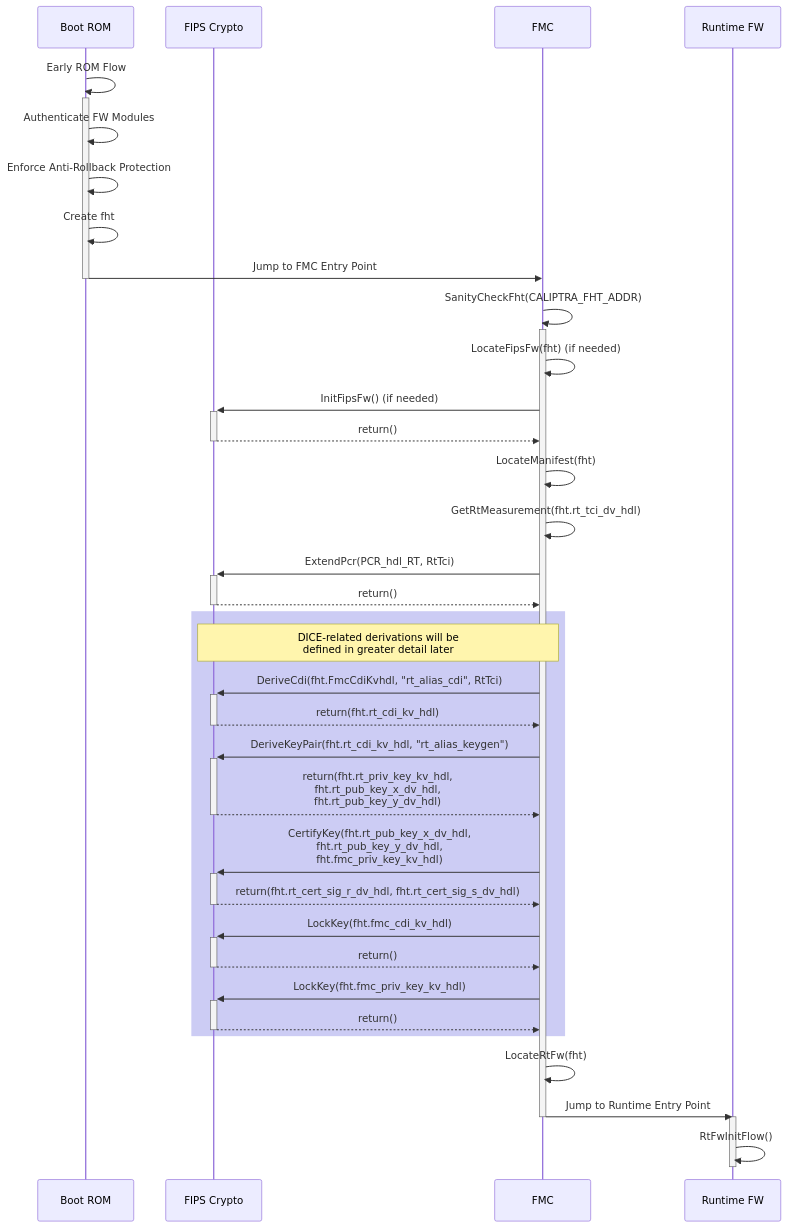
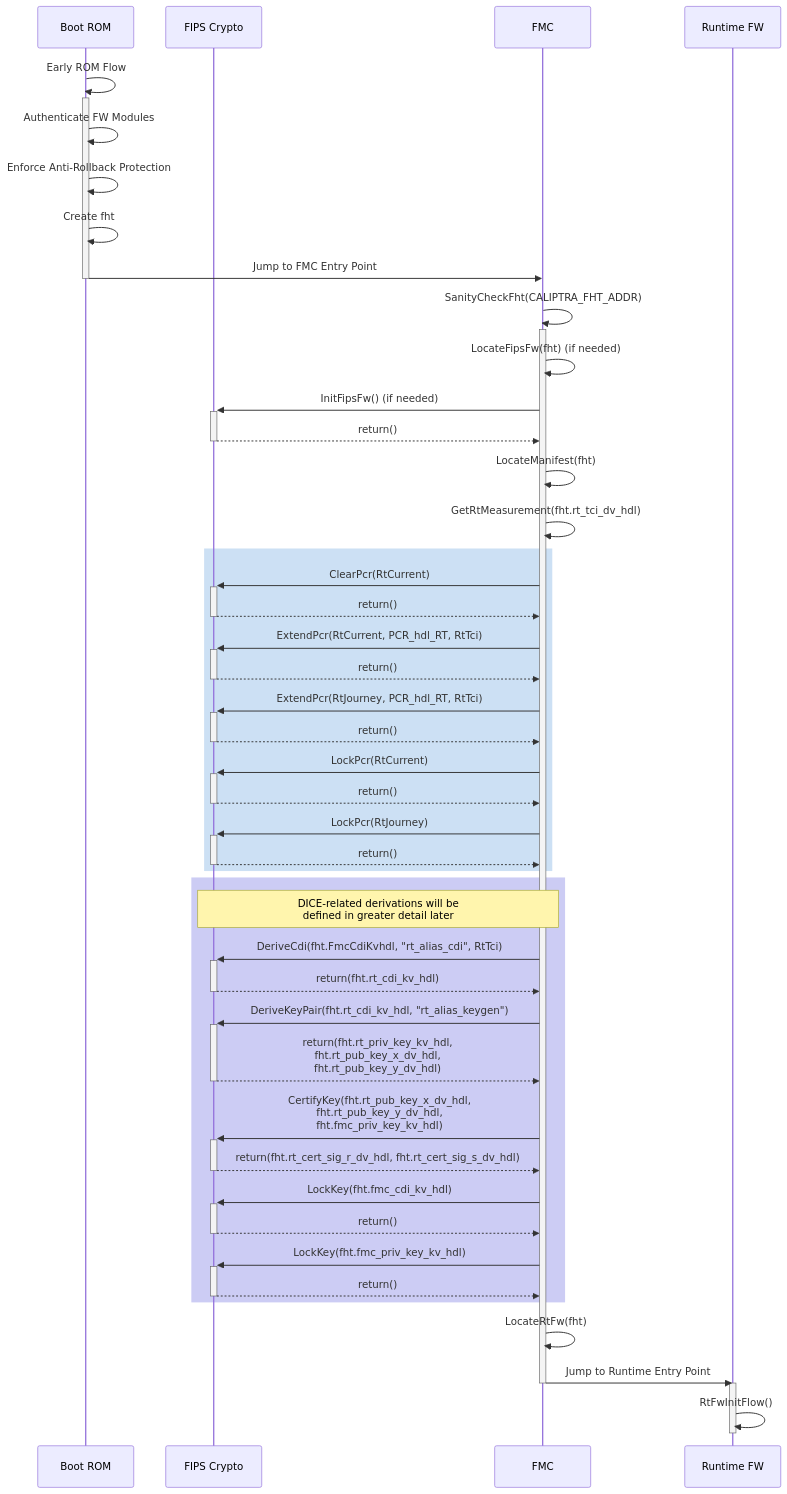
Before and after one commit to chipsalliance/caliptra-sw: the diagram in fmc/README.md, drawn with Mermaid. The commit also changed other lines of this file, not shown here.

First line of the commit message:
FMC doc cleanup and PCR update

````diff
--- a/fmc/README.md
+++ b/fmc/README.md
@@ -264,45 +275,58 @@
 ```mermaid
 sequenceDiagram
     participant ROM as Boot ROM
     participant FIPS as FIPS Crypto
     participant FMC as FMC
     participant RT as Runtime FW
 
     ROM->>+ROM: Early ROM Flow
     ROM->>ROM: Authenticate FW Modules
     ROM->>ROM: Enforce Anti-Rollback Protection
     ROM->>ROM: Create fht
     ROM->>-FMC: Jump to FMC Entry Point
 
     FMC->>+FMC: SanityCheckFht(CALIPTRA_FHT_ADDR)
     FMC->>FMC: LocateFipsFw(fht) (if needed)
     FMC->>+FIPS: InitFipsFw() (if needed)
     FIPS-->>-FMC: return()
     FMC->>FMC: LocateManifest(fht)
     FMC->>FMC: GetRtMeasurement(fht.rt_tci_dv_hdl)
-    FMC->>+FIPS: ExtendPcr(PCR_hdl_RT, RtTci)
+
+    rect rgba(0, 100, 200, .2)
+
+    FMC->>+FIPS: ClearPcr(RtCurrent)
     FIPS-->>-FMC: return()
+    FMC->>+FIPS: ExtendPcr(RtCurrent, PCR_hdl_RT, RtTci)
+    FIPS-->>-FMC: return()
+    FMC->>+FIPS: ExtendPcr(RtJourney, PCR_hdl_RT, RtTci)
+    FIPS-->>-FMC: return()
+    FMC->>+FIPS: LockPcr(RtCurrent)
+    FIPS-->>-FMC: return()
+    FMC->>+FIPS: LockPcr(RtJourney)
+    FIPS-->>-FMC: return()
+
+    end %% rect
 
     rect rgba(0, 0, 200, .2)
     note over FIPS, FMC: DICE-related derivations will be<br> defined in greater detail later
 
     FMC->>+FIPS: DeriveCdi(fht.FmcCdiKvhdl, "rt_alias_cdi", RtTci)
     FIPS-->>-FMC: return(fht.rt_cdi_kv_hdl)
     FMC->>+FIPS: DeriveKeyPair(fht.rt_cdi_kv_hdl, "rt_alias_keygen")
     FIPS-->>-FMC: return(fht.rt_priv_key_kv_hdl,<br> fht.rt_pub_key_x_dv_hdl,<br> fht.rt_pub_key_y_dv_hdl)
     FMC->>+FIPS: CertifyKey(fht.rt_pub_key_x_dv_hdl,<br> fht.rt_pub_key_y_dv_hdl,<br> fht.fmc_priv_key_kv_hdl)
     FIPS-->>-FMC: return(fht.rt_cert_sig_r_dv_hdl, fht.rt_cert_sig_s_dv_hdl)
     FMC->>+FIPS: LockKey(fht.fmc_cdi_kv_hdl)
     FIPS-->>-FMC: return()
     FMC->>+FIPS: LockKey(fht.fmc_priv_key_kv_hdl)
     FIPS-->>-FMC: return()
 
     end %% rect
 
     FMC->>FMC: LocateRtFw(fht)
     FMC->>-RT: Jump to Runtime Entry Point
 
     activate RT
     RT->>RT: RtFwInitFlow()
     deactivate RT
 ```
````
